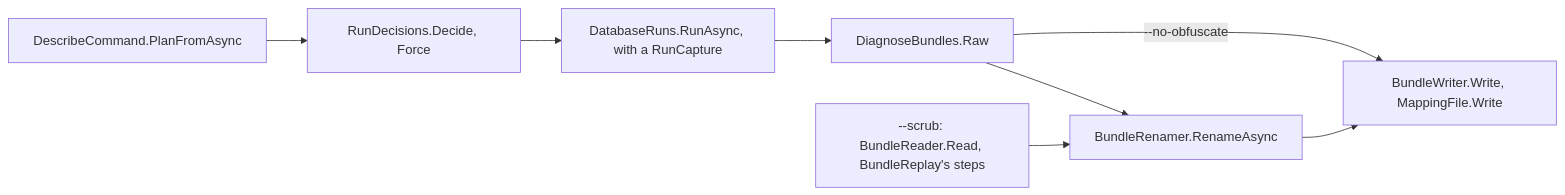
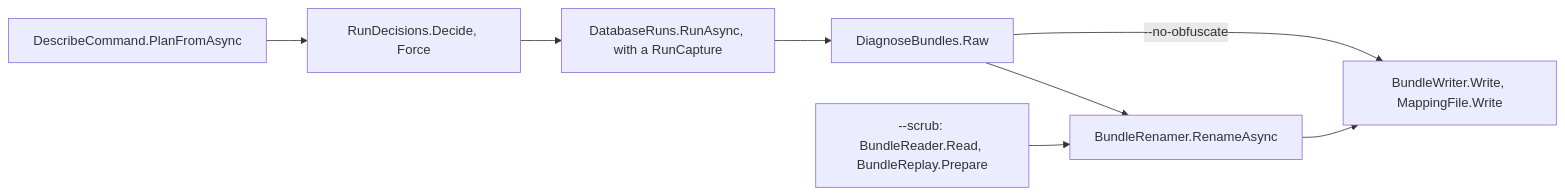
One commit to mbcrawfo/SqlSource changed the second of 2 diagrams in docs/architecture/bundles.md. Above: the diagram before and after it, drawn with Mermaid. The commit also changed other lines of this file and 10 other files, not shown here.

Commit message:
refactor(tool): replay and diagnose --scrub prepare a bundle in one step (TD-0108 item 6)

````diff
--- a/docs/architecture/bundles.md
+++ b/docs/architecture/bundles.md
@@ -86,10 +85,10 @@
 ```mermaid
 flowchart LR
     plan["DescribeCommand.PlanFromAsync"] --> decide["RunDecisions.Decide, Force"]
     decide --> run["DatabaseRuns.RunAsync, with a RunCapture"]
     run --> raw["DiagnoseBundles.Raw"]
     raw -->|"--no-obfuscate"| write
     raw --> rename["BundleRenamer.RenameAsync"]
-    scrub["--scrub: BundleReader.Read, BundleReplay's steps"] --> rename
+    scrub["--scrub: BundleReader.Read, BundleReplay.Prepare"] --> rename
     rename --> write["BundleWriter.Write, MappingFile.Write"]
 ```
````
